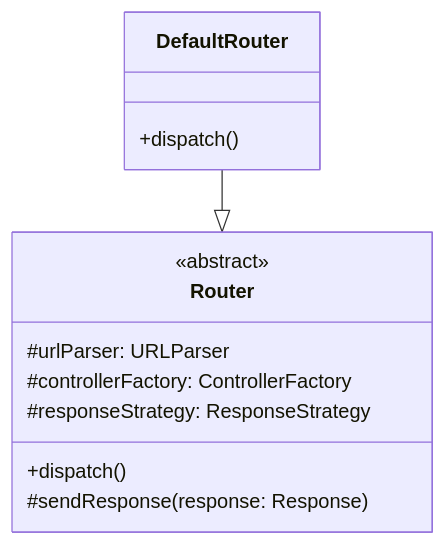
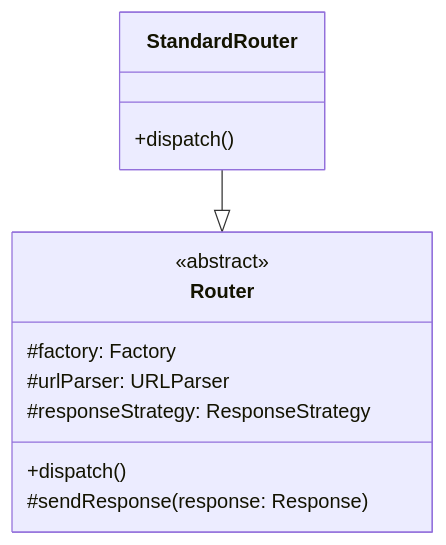
One commit to mb4dev/progetto-prova changed the second of 3 diagrams in consegna docu/architettura_base/Router.md. Above: the diagram before and after it, drawn with Mermaid. The commit also changed other lines of this file and 6 other files, not shown here.

````diff
--- a/consegna docu/architettura_base/Router.md
+++ b/consegna docu/architettura_base/Router.md
@@ -35,18 +35,18 @@
 ```mermaid
 classDiagram
 class Router {
     <<abstract>>
+    #factory: Factory
     #urlParser: URLParser
-    #controllerFactory: ControllerFactory
     #responseStrategy: ResponseStrategy
     +dispatch()
     #sendResponse(response: Response)
 }
 
-class DefaultRouter {
+class StandardRouter {
     +dispatch()
 }
 
-DefaultRouter --|> Router
+StandardRouter --|> Router
 
 ```
````
